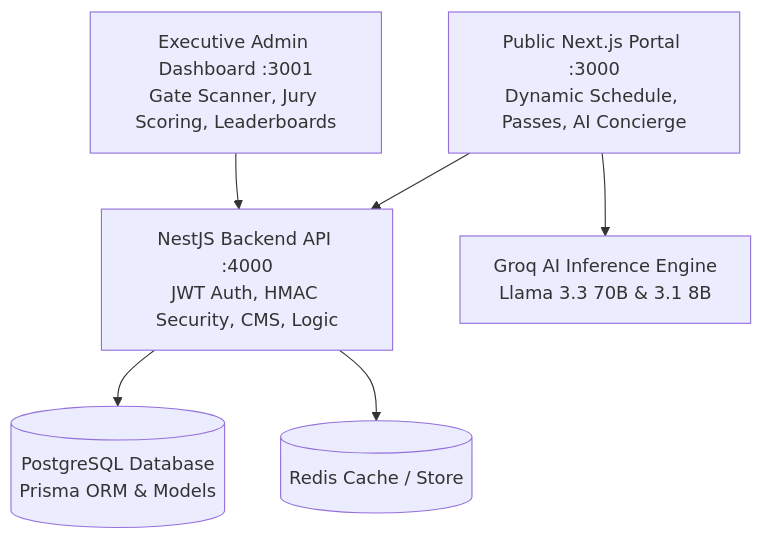
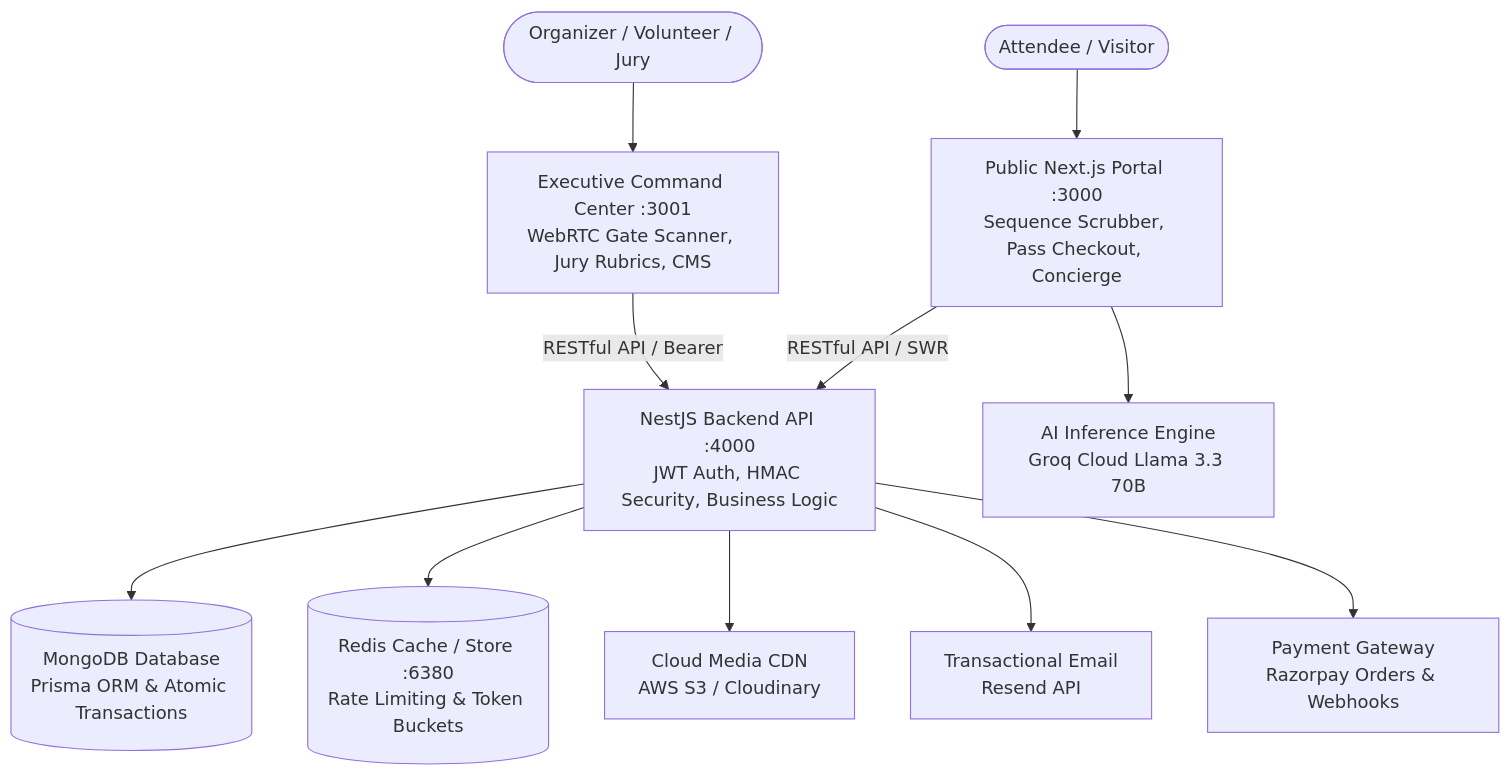
The diagram in README.md (EIC-PEC-all/ESUMMIT), drawn with Mermaid before and after one commit. The commit also changed other lines of this file and 2 other files, not shown here.

Commit message:
docs: synchronize platform documentation, architecture, and guides across monorepo

````diff
--- a/README.md
+++ b/README.md
@@ -19,8 +21,15 @@
 ```mermaid
 graph TD
-    A[Public Next.js Portal :3000<br/>Dynamic Schedule, Passes, AI Concierge] --> C[NestJS Backend API :4000<br/>JWT Auth, HMAC Security, CMS, Logic]
-    B[Executive Admin Dashboard :3001<br/>Gate Scanner, Jury Scoring, Leaderboards] --> C
-    C --> D[(PostgreSQL Database<br/>Prisma ORM & Models)]
-    C --> E[(Redis Cache / Store)]
-    A --> F[Groq AI Inference Engine<br/>Llama 3.3 70B & 3.1 8B]
+    User([Attendee / Visitor]) --> A[Public Next.js Portal :3000<br/>Sequence Scrubber, Pass Checkout, Concierge]
+    Admin([Organizer / Volunteer / Jury]) --> B[Executive Command Center :3001<br/>WebRTC Gate Scanner, Jury Rubrics, CMS]
+    
+    A -->|RESTful API / SWR| C[NestJS Backend API :4000<br/>JWT Auth, HMAC Security, Business Logic]
+    B -->|RESTful API / Bearer| C
+    
+    C --> D[(MongoDB Database<br/>Prisma ORM & Atomic Transactions)]
+    C --> E[(Redis Cache / Store :6380<br/>Rate Limiting & Token Buckets)]
+    C --> G[Cloud Media CDN<br/>AWS S3 / Cloudinary]
+    C --> H[Transactional Email<br/>Resend API]
+    C --> I[Payment Gateway<br/>Razorpay Orders & Webhooks]
+    A --> F[AI Inference Engine<br/>Groq Cloud Llama 3.3 70B]
 ```
````
